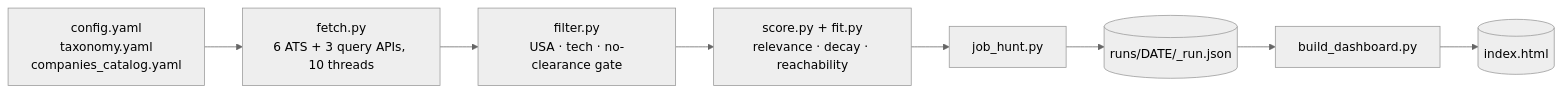
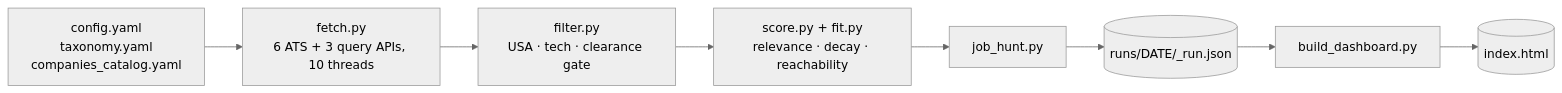
Before and after one commit to canmenzo/jobscope: the diagram in docs/how-it-works.md, drawn with Mermaid (neutral theme). The commit also changed other lines of this file and 10 other files, not shown here.

````diff
--- a/docs/how-it-works.md
+++ b/docs/how-it-works.md
@@ -10,8 +10,8 @@
 ```mermaid
 flowchart LR
   A[config.yaml<br/>taxonomy.yaml<br/>companies_catalog.yaml] --> B
   B[fetch.py<br/>6 ATS + 3 query APIs, 10 threads] --> C
-  C[filter.py<br/>USA · tech · no-clearance gate] --> D
+  C[filter.py<br/>USA · tech · clearance gate] --> D
   D[score.py + fit.py<br/>relevance · decay · reachability] --> E
   E[job_hunt.py] --> F[(runs/DATE/_run.json)] --> G[build_dashboard.py] --> H[(index.html)]
 ```
````
